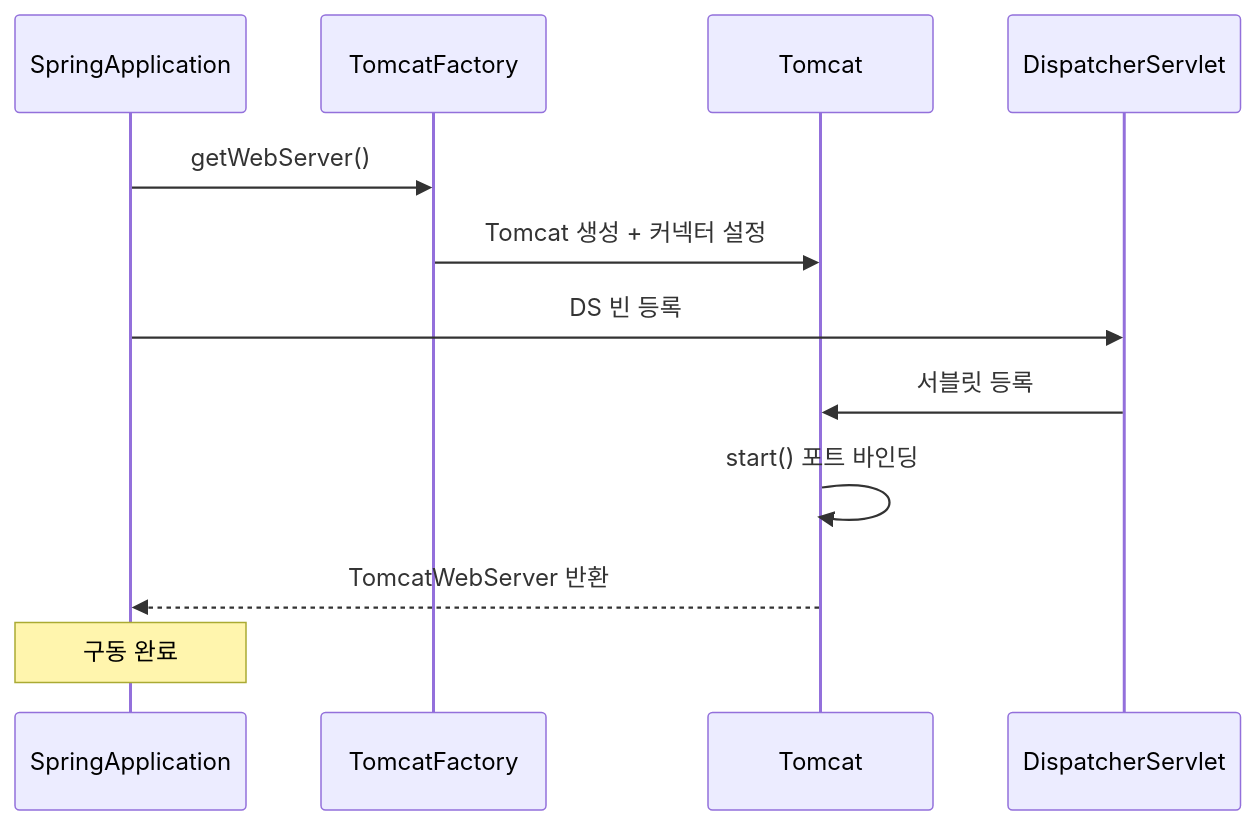
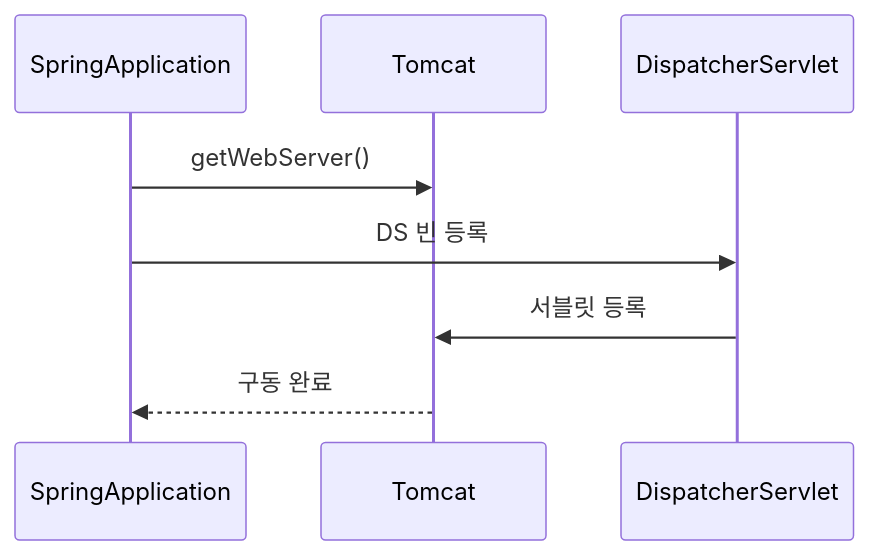
The fifth of 7 diagrams in _posts/spring/2026-05-02-spring-boot-autoconfigure.md (yjkim2015/yjkim2015.github.io), drawn with Mermaid before and after one commit. The commit also changed other lines of this file and 155 other files, not shown here.

First line of the commit message:
Mermaid 전면 수정: subgraph 제거, participant/노드/줄수 축소 (342블록)

````diff
--- a/_posts/spring/2026-05-02-spring-boot-autoconfigure.md
+++ b/_posts/spring/2026-05-02-spring-boot-autoconfigure.md
@@ -448,14 +444,10 @@
 ```mermaid
 sequenceDiagram
     participant SA as SpringApplication
-    participant SF as TomcatFactory
     participant TC as Tomcat
     participant DS as DispatcherServlet
-    SA->>SF: getWebServer()
-    SF->>TC: Tomcat 생성 + 커넥터 설정
+    SA->>TC: getWebServer()
     SA->>DS: DS 빈 등록
     DS->>TC: 서블릿 등록
-    TC->>TC: start() 포트 바인딩
-    TC-->>SA: TomcatWebServer 반환
-    Note over SA: 구동 완료
+    TC-->>SA: 구동 완료
 ```
````
